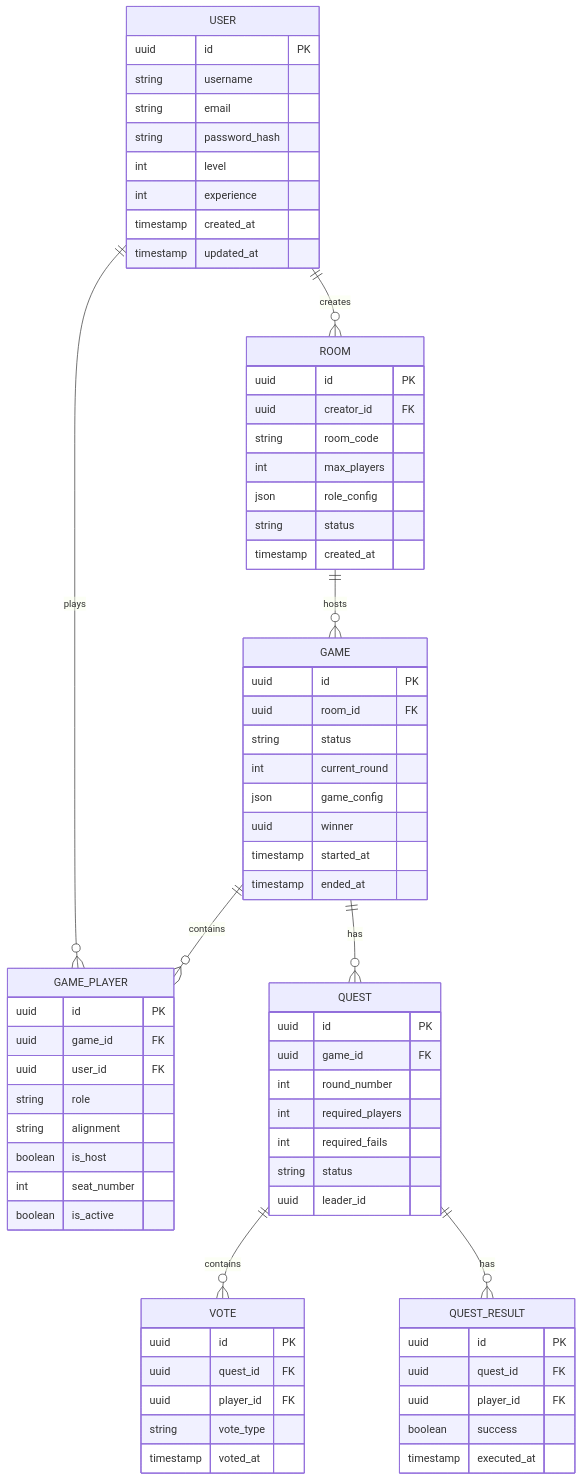
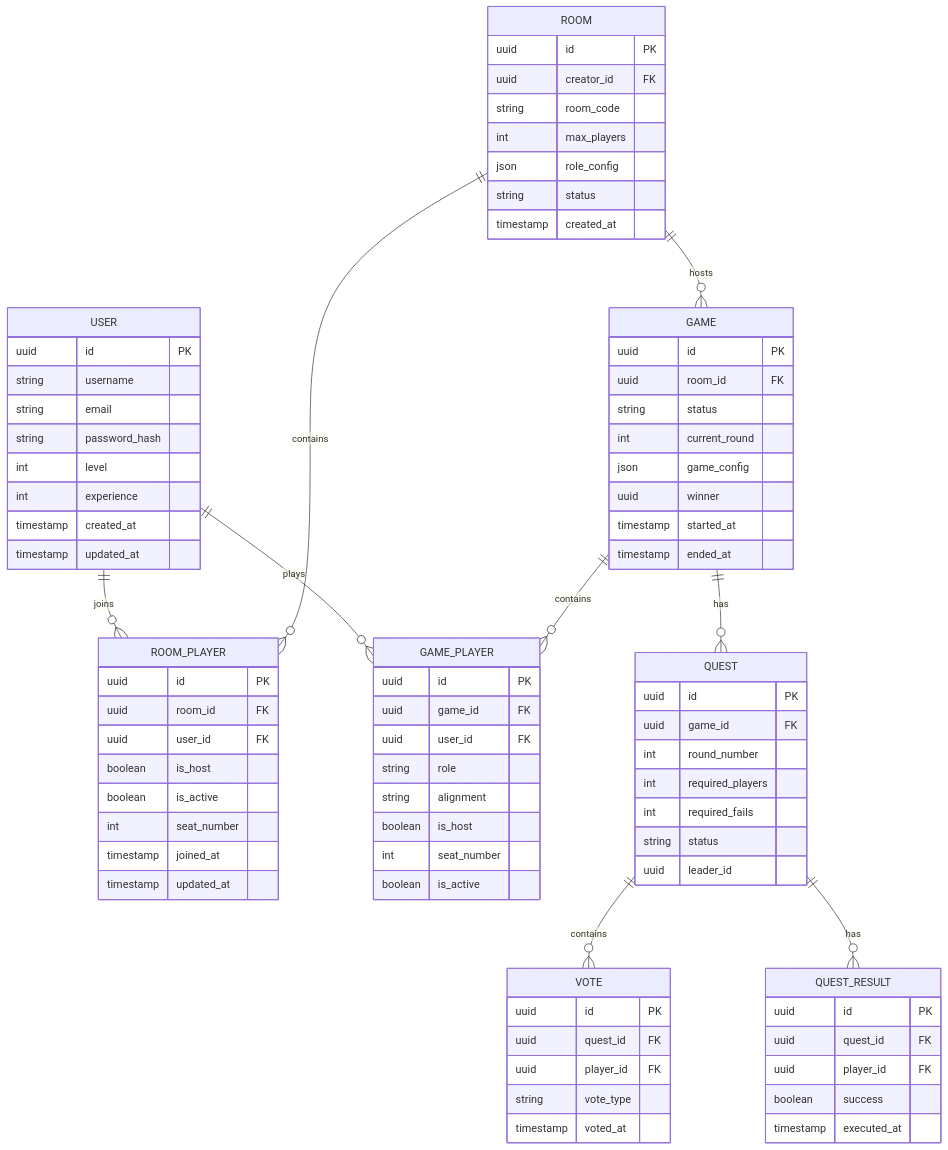
The second of 6 diagrams in .trae/documents/avalon_technical_architecture.md (xiaolinstar/avalon), drawn with Mermaid before and after one commit. The commit also changed other lines of this file and 17 other files, not shown here.

````diff
--- a/.trae/documents/avalon_technical_architecture.md
+++ b/.trae/documents/avalon_technical_architecture.md
@@ -268,6 +56,7 @@
 ```mermaid
 erDiagram
-    USER ||--o{ ROOM : creates
+    USER ||--o{ ROOM_PLAYER : joins
+    ROOM ||--o{ ROOM_PLAYER : contains
     USER ||--o{ GAME_PLAYER : plays
     ROOM ||--o{ GAME : hosts
     GAME ||--o{ GAME_PLAYER : contains
@@ -294,6 +83,17 @@
         json role_config
         string status
         timestamp created_at
+    }
+
+    ROOM_PLAYER {
+        uuid id PK
+        uuid room_id FK
+        uuid user_id FK
+        boolean is_host
+        boolean is_active
+        int seat_number
+        timestamp joined_at
+        timestamp updated_at
     }
 
     GAME {
````
